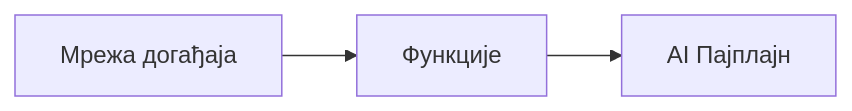
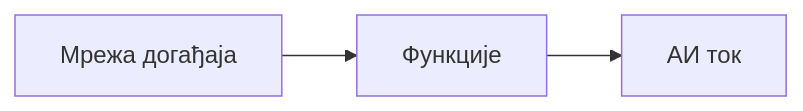
One commit to microsoft/AZD-for-beginners changed the second of 2 diagrams in translations/sr/docs/chapter-08-production/README.md. Above: the diagram before and after it, drawn with Mermaid. The commit also changed other lines of this file and 101 other files, not shown here.

````diff
--- a/translations/sr/docs/chapter-08-production/README.md
+++ b/translations/sr/docs/chapter-08-production/README.md
@@ -54,4 +56,4 @@
 ```mermaid
 graph LR
-    EventGrid[Мрежа догађаја] --> Functions[Функције] --> Pipeline[AI Пајплајн]
+    EventGrid[Мрежа догађаја] --> Functions[Функције] --> Pipeline[АИ ток]
 ```
````
